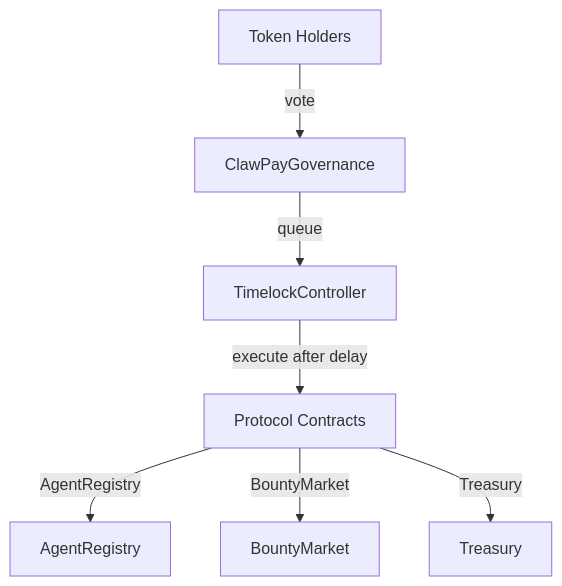
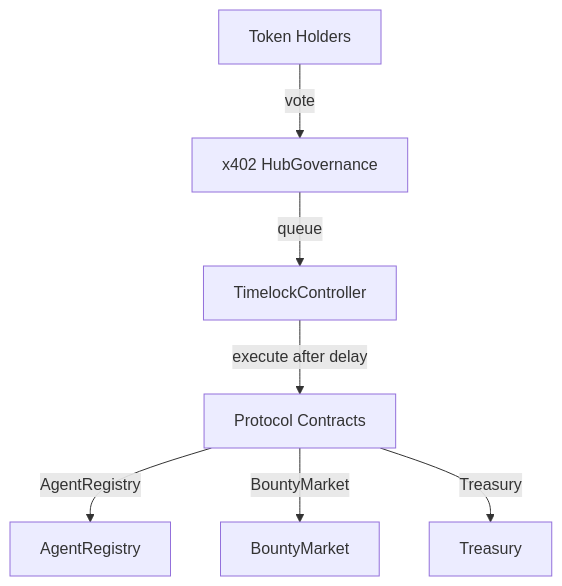
Before and after one commit to unrugged-fun/clawpay-docs: the diagram in docs/advanced/governance.md, drawn with Mermaid. The commit also changed other lines of this file and 36 other files, not shown here.

First line of the commit message:
Rebrand ClawPay to x402 Hub

````diff
--- a/docs/advanced/governance.md
+++ b/docs/advanced/governance.md
@@ -49,9 +49,9 @@
 ```mermaid
 graph TD
-    TokenHolders[Token Holders] -->|vote| Governor[ClawPayGovernance]
+    TokenHolders[Token Holders] -->|vote| Governor[x402 HubGovernance]
     Governor -->|queue| Timelock[TimelockController]
     Timelock -->|execute after delay| Protocol[Protocol Contracts]
     Protocol -->|AgentRegistry| AR[AgentRegistry]
     Protocol -->|BountyMarket| BM[BountyMarket]
     Protocol -->|Treasury| T[Treasury]
 ```
````
